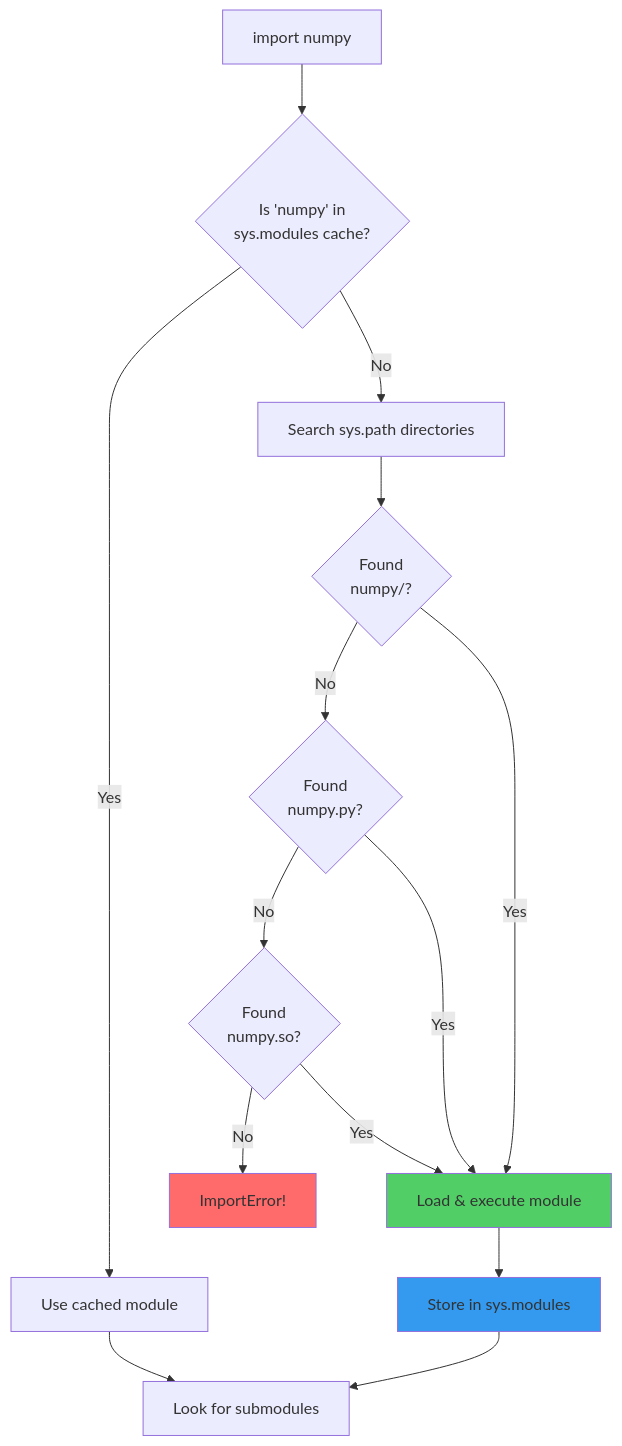
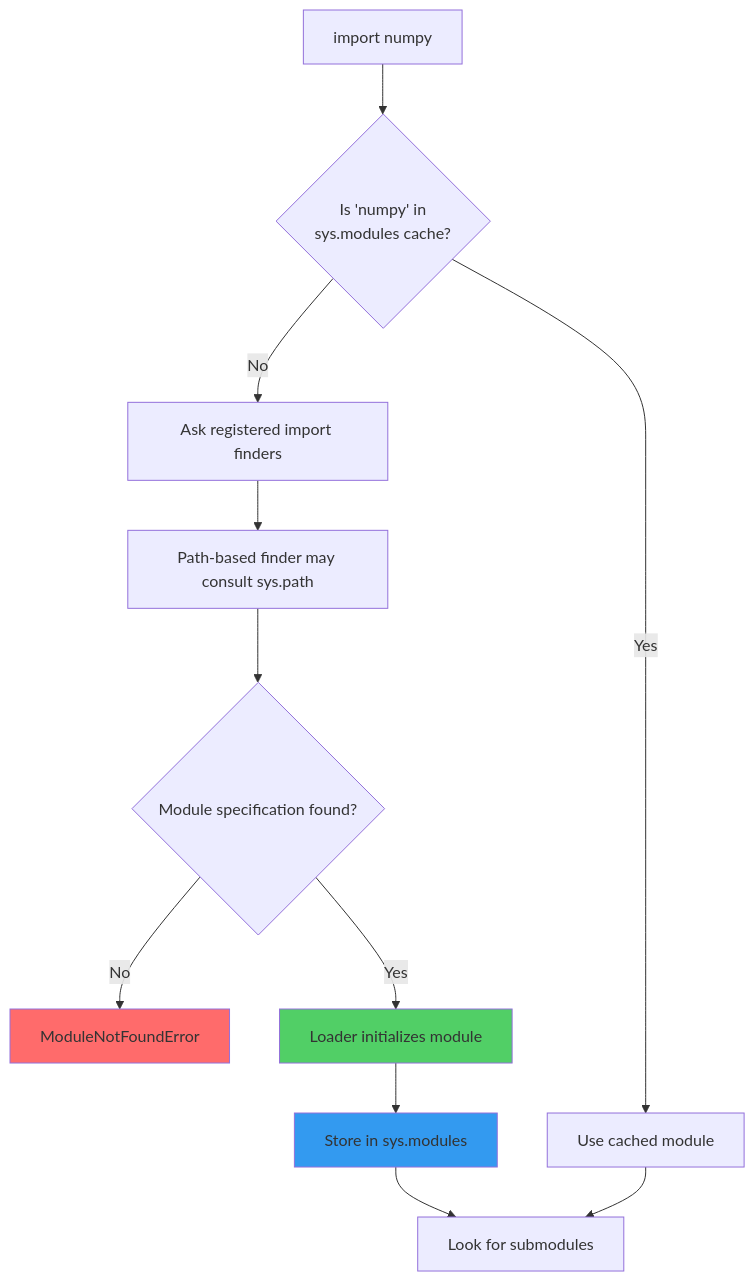
Before and after one commit to astrobytes-edu/comp521: the first of 2 diagrams in 03-python/01-python-environment.md, drawn with Mermaid. The commit also changed other lines of this file and 22 other files, not shown here.

````diff
--- a/03-python/01-python-environment.md
+++ b/03-python/01-python-environment.md
@@ -407,20 +389,17 @@
 ```{mermaid}
 flowchart TD
     A[import numpy] --> B{Is 'numpy' in<br/>sys.modules cache?}
     B -->|Yes| H[Use cached module]
-    B -->|No| C[Search sys.path directories]
-    C --> D{Found<br/>numpy/?}
-    D -->|No| E{Found<br/>numpy.py?}
-    E -->|No| F{Found<br/>numpy.so?}
-    F -->|No| G[ImportError!]
-    D -->|Yes| I[Load & execute module]
-    E -->|Yes| I
-    F -->|Yes| I
+    B -->|No| C[Ask registered import finders]
+    C --> D[Path-based finder may consult sys.path]
+    D --> E{Module specification found?}
+    E -->|No| G[ModuleNotFoundError]
+    E -->|Yes| I[Loader initializes module]
     I --> J[Store in sys.modules]
     J --> K[Look for submodules]
     H --> K
 
     style G fill:#ff6b6b
     style I fill:#51cf66
     style J fill:#339af0
 ```
````
